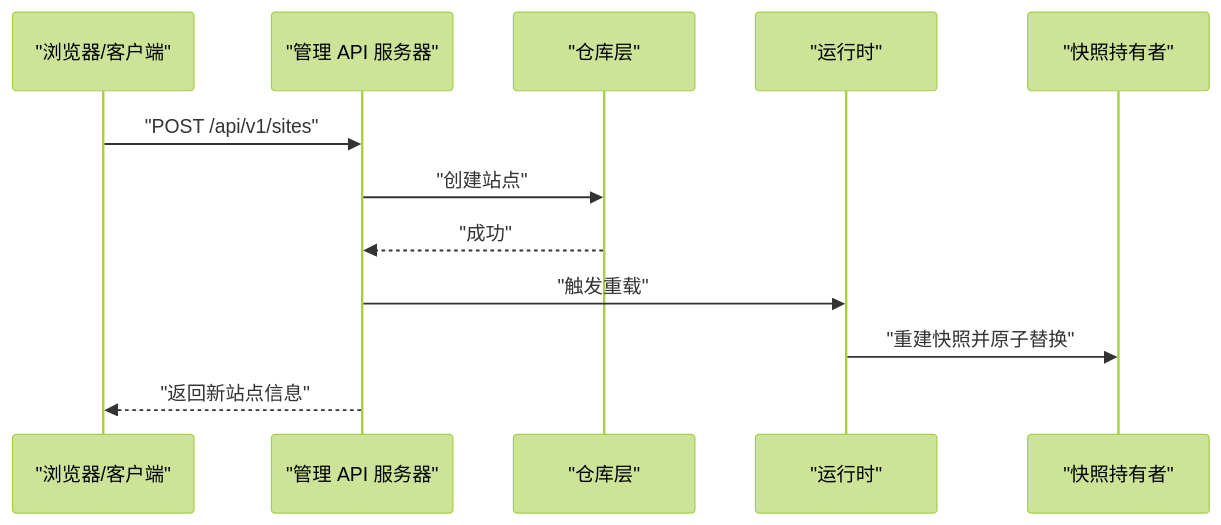
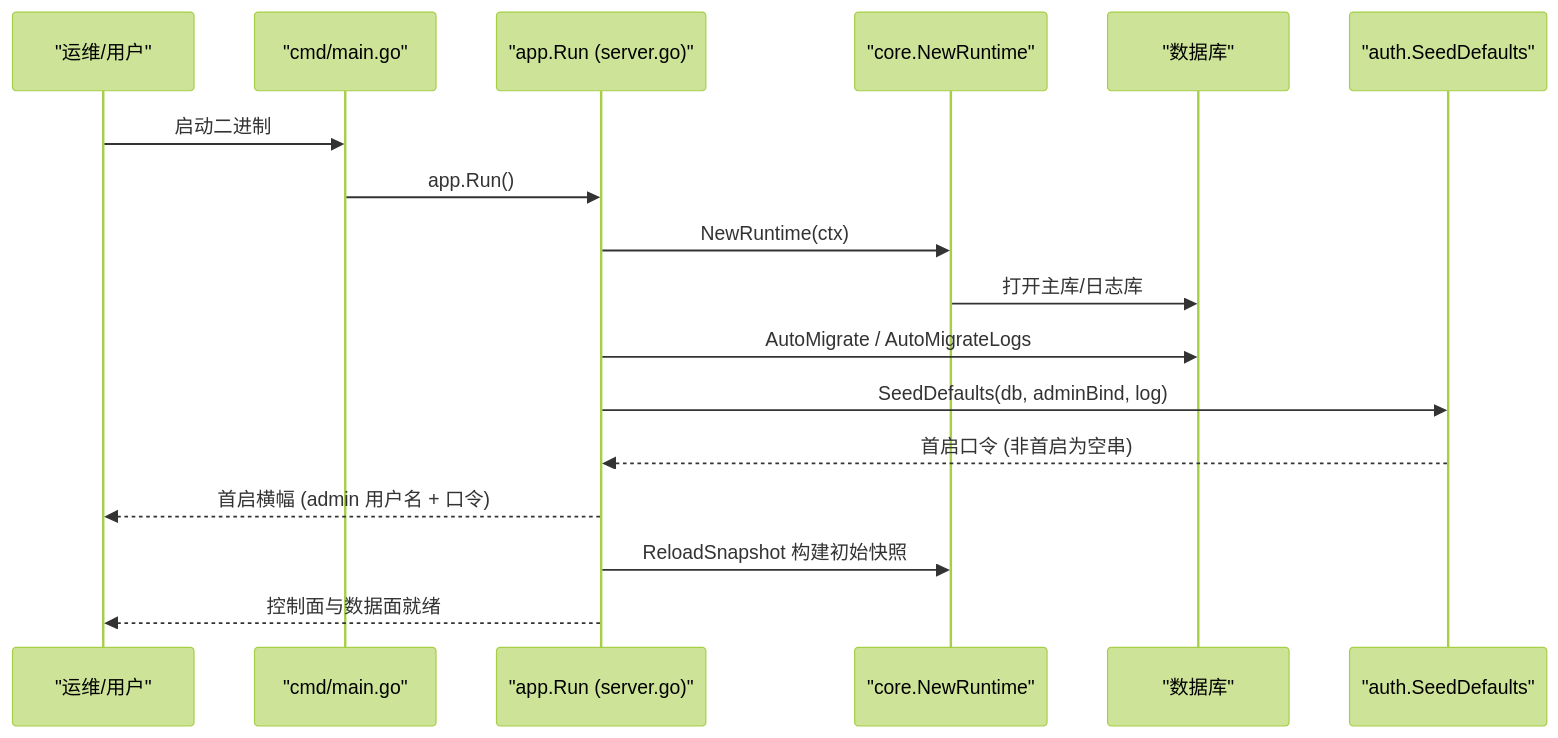
One commit to x01n/My-OpenWaf changed the third of 6 diagrams in docs/项目概述/项目概述.md. Above: the diagram before and after it, drawn with Mermaid (forest theme). The commit also changed other lines of this file and 622 other files, not shown here.

````diff
--- a/docs/项目概述/项目概述.md
+++ b/docs/项目概述/项目概述.md
@@ -272,14 +249,19 @@
 ```mermaid
 sequenceDiagram
-participant Client as "浏览器/客户端"
-participant Admin as "管理 API 服务器"
-participant Repo as "仓库层"
-participant RT as "运行时"
-participant Snap as "快照持有者"
-Client->>Admin : "POST /api/v1/sites"
-Admin->>Repo : "创建站点"
-Repo-->>Admin : "成功"
-Admin->>RT : "触发重载"
-RT->>Snap : "重建快照并原子替换"
-Admin-->>Client : "返回新站点信息"
+participant U as "运维/用户"
+participant M as "cmd/main.go"
+participant S as "app.Run (server.go)"
+participant R as "core.NewRuntime"
+participant DB as "数据库"
+participant SEED as "auth.SeedDefaults"
+U->>M : 启动二进制
+M->>S : app.Run()
+S->>R : NewRuntime(ctx)
+R->>DB : 打开主库/日志库
+S->>DB : AutoMigrate / AutoMigrateLogs
+S->>SEED : SeedDefaults(db, adminBind, log)
+SEED-->>S : 首启口令 (非首启为空串)
+S-->>U : 首启横幅 (admin 用户名 + 口令)
+S->>R : ReloadSnapshot 构建初始快照
+S-->>U : 控制面与数据面就绪
 ```
````
